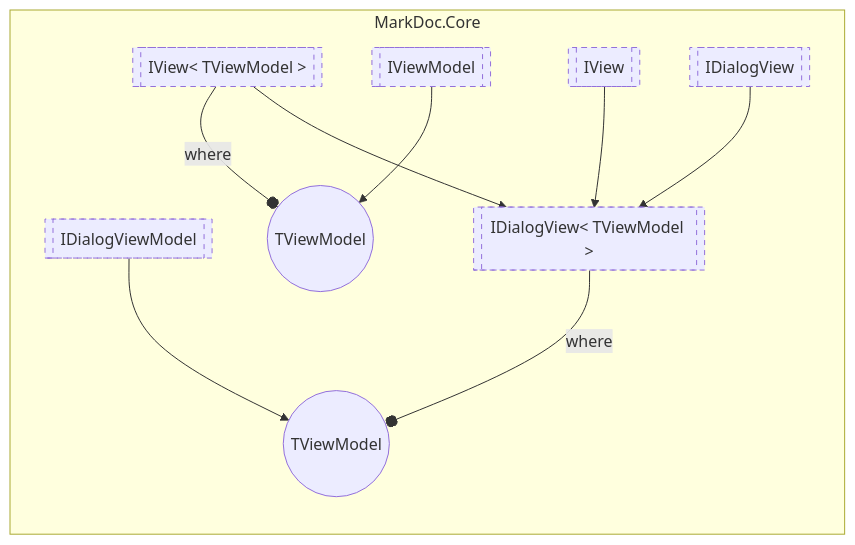
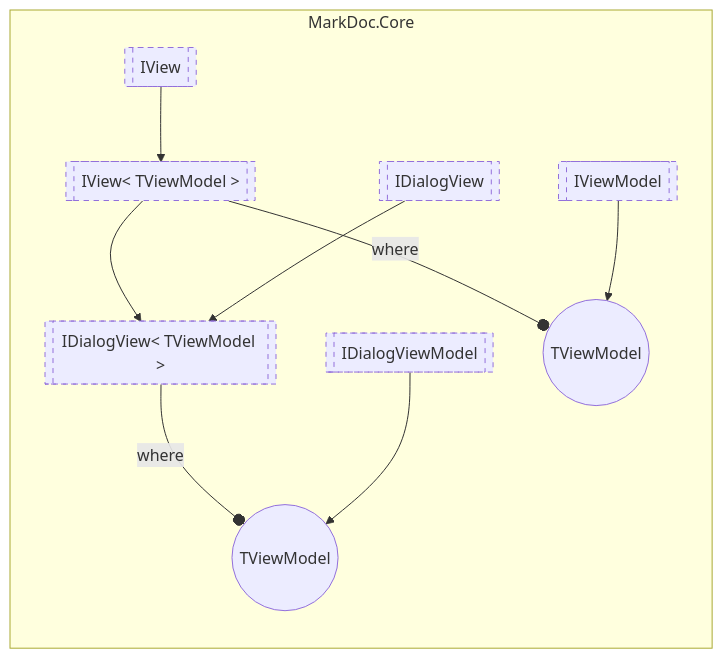
The diagram in sourceWiki/markdoc/core/IDialogViewT.md (hailstorm75/ModularDoc), drawn with Mermaid before and after one commit. The commit also changed 20 other files, not shown here.

````diff
--- a/sourceWiki/markdoc/core/IDialogViewT.md
+++ b/sourceWiki/markdoc/core/IDialogViewT.md
@@ -7,30 +7,30 @@
 ```mermaid
   flowchart LR
   classDef interfaceStyle stroke-dasharray: 5 5;
   classDef abstractStyle stroke-width:4px
   subgraph MarkDoc.Core
   MarkDoc.Core.IDialogViewModel[[IDialogViewModel]]
   class MarkDoc.Core.IDialogViewModel interfaceStyle;
   MarkDoc.Core.IDialogView_1[[IDialogView< TViewModel >]]
   class MarkDoc.Core.IDialogView_1 interfaceStyle;
   MarkDoc.Core.IDialogView_1TViewModel((TViewModel));
   MarkDoc.Core.IDialogView_1 -- where --o MarkDoc.Core.IDialogView_1TViewModel
 MarkDoc.Core.IDialogViewModel --> MarkDoc.Core.IDialogView_1TViewModel
 
   MarkDoc.Core.IViewModel[[IViewModel]]
   class MarkDoc.Core.IViewModel interfaceStyle;
   MarkDoc.Core.IView_1[[IView< TViewModel >]]
   class MarkDoc.Core.IView_1 interfaceStyle;
   MarkDoc.Core.IView_1TViewModel((TViewModel));
   MarkDoc.Core.IView_1 -- where --o MarkDoc.Core.IView_1TViewModel
 MarkDoc.Core.IViewModel --> MarkDoc.Core.IView_1TViewModel
 
   MarkDoc.Core.IView[[IView]]
   class MarkDoc.Core.IView interfaceStyle;
   MarkDoc.Core.IDialogView[[IDialogView]]
   class MarkDoc.Core.IDialogView interfaceStyle;
   end
 MarkDoc.Core.IView_1 --> MarkDoc.Core.IDialogView_1
-MarkDoc.Core.IView --> MarkDoc.Core.IDialogView_1
+MarkDoc.Core.IView --> MarkDoc.Core.IView_1
 MarkDoc.Core.IDialogView --> MarkDoc.Core.IDialogView_1
 ```
````
